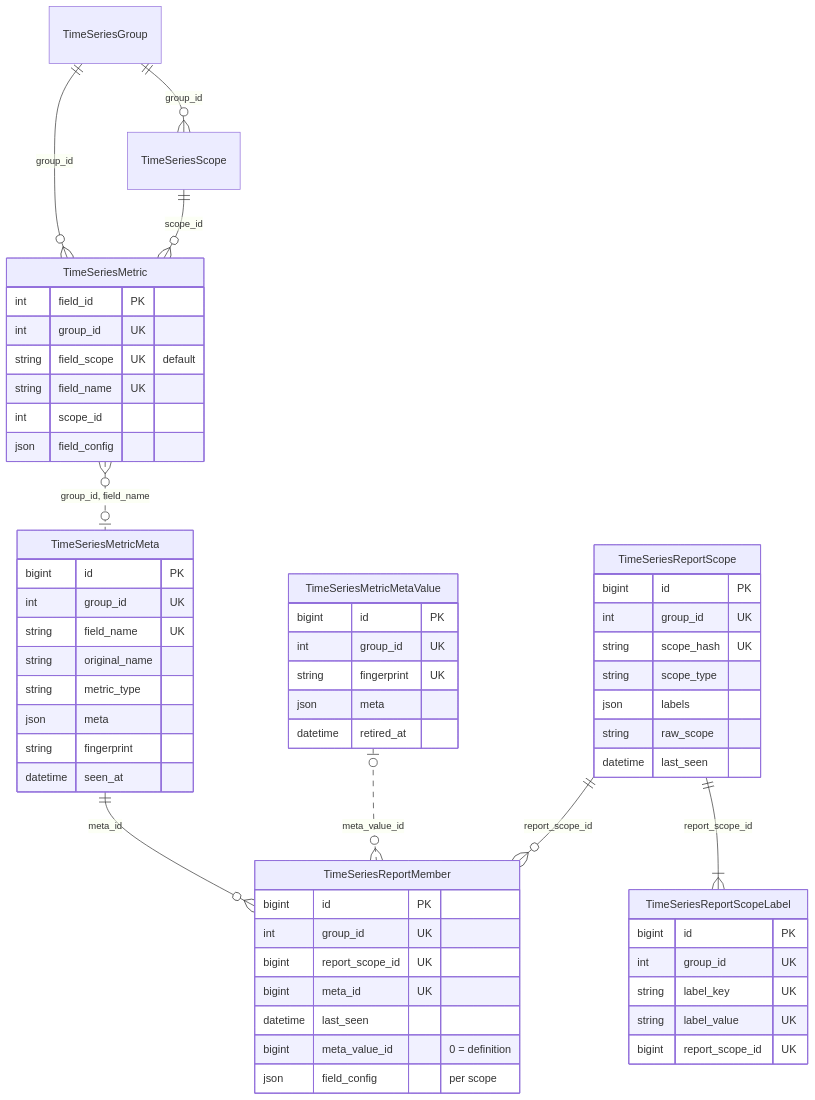
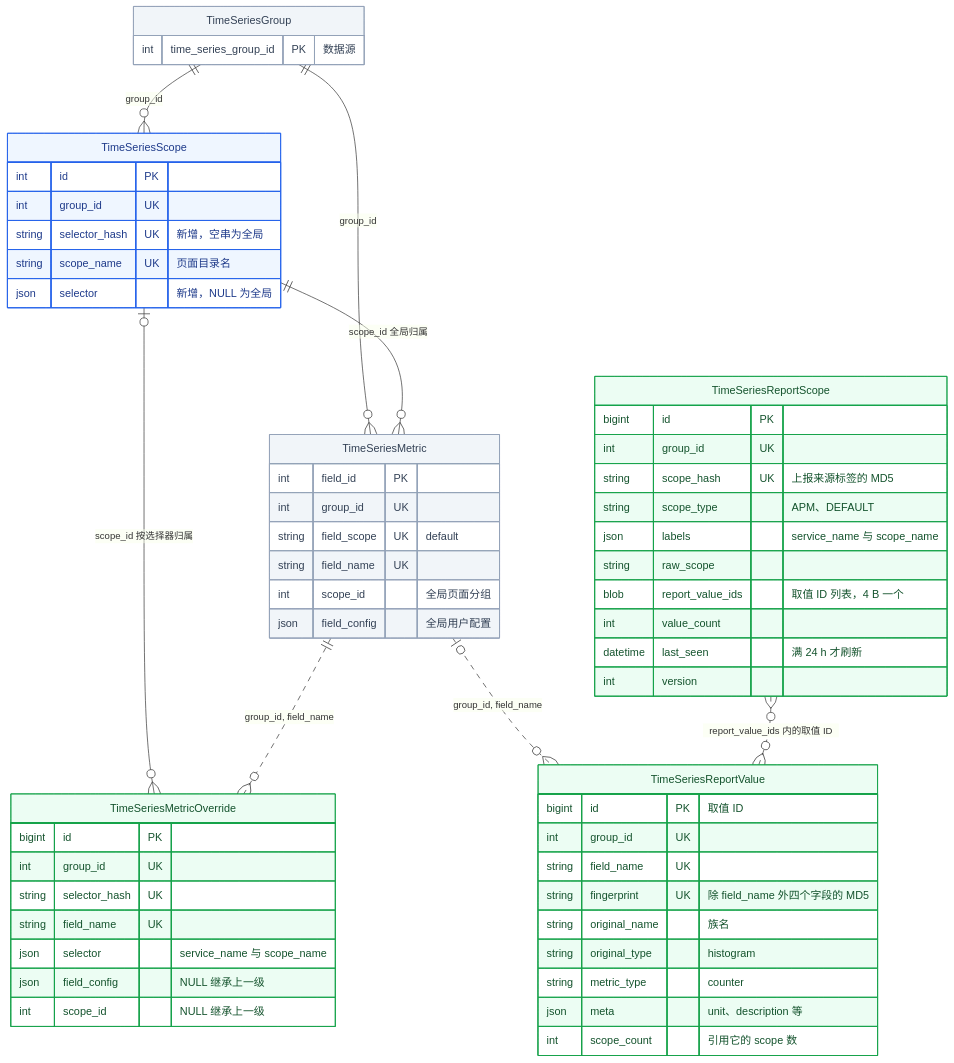
The eighth of 28 diagrams in knowledge/bkmonitor/issues/2026-09-15-custom-metric-metadata/PLAN.md (ZhuoZhuoCrayon/ai-workspace), drawn with Mermaid before and after one commit. The commit also changed other lines of this file and 12 other files, not shown here.

Commit message:
docs(issue): switch custom metric metadata to value dedup plan with final retest

````diff
--- a/knowledge/bkmonitor/issues/2026-09-15-custom-metric-metadata/PLAN.md
+++ b/knowledge/bkmonitor/issues/2026-09-15-custom-metric-metadata/PLAN.md
@@ -369,61 +575,68 @@
 ```mermaid
 erDiagram
     TimeSeriesGroup ||--o{ TimeSeriesScope : "group_id"
     TimeSeriesGroup ||--o{ TimeSeriesMetric : "group_id"
-    TimeSeriesScope ||--o{ TimeSeriesMetric : "scope_id"
-    TimeSeriesMetric }o..o| TimeSeriesMetricMeta : "group_id, field_name"
-    TimeSeriesMetricMeta ||--o{ TimeSeriesReportMember : "meta_id"
-    TimeSeriesMetricMetaValue |o..o{ TimeSeriesReportMember : "meta_value_id"
-    TimeSeriesReportScope ||--o{ TimeSeriesReportMember : "report_scope_id"
-    TimeSeriesReportScope ||--|{ TimeSeriesReportScopeLabel : "report_scope_id"
+    TimeSeriesScope ||--o{ TimeSeriesMetric : "scope_id 全局归属"
+    TimeSeriesScope |o--o{ TimeSeriesMetricOverride : "scope_id 按选择器归属"
+    TimeSeriesMetric ||..o{ TimeSeriesMetricOverride : "group_id, field_name"
+    TimeSeriesMetric |o..o{ TimeSeriesReportValue : "group_id, field_name"
+    TimeSeriesReportScope }o..o{ TimeSeriesReportValue : "report_value_ids 内的取值 ID"
+
+    TimeSeriesGroup {
+        int time_series_group_id PK "数据源"
+    }
     TimeSeriesMetric {
         int field_id PK
         int group_id UK
         string field_scope UK "default"
         string field_name UK
-        int scope_id
-        json field_config
+        int scope_id "全局页面分组"
+        json field_config "全局用户配置"
     }
-    TimeSeriesMetricMeta {
+    TimeSeriesScope {
+        int id PK
+        int group_id UK
+        string selector_hash UK "新增，空串为全局"
+        string scope_name UK "页面目录名"
+        json selector "新增，NULL 为全局"
+    }
+    TimeSeriesMetricOverride {
         bigint id PK
         int group_id UK
+        string selector_hash UK
         string field_name UK
-        string original_name
-        string metric_type
-        json meta
-        string fingerprint
-        datetime seen_at
+        json selector "service_name 与 scope_name"
+        json field_config "NULL 继承上一级"
+        int scope_id "NULL 继承上一级"
     }
-    TimeSeriesMetricMetaValue {
-        bigint id PK
+    TimeSeriesReportValue {
+        bigint id PK "取值 ID"
         int group_id UK
-        string fingerprint UK
-        json meta
-        datetime retired_at
+        string field_name UK
+        string fingerprint UK "除 field_name 外四个字段的 MD5"
+        string original_name "族名"
+        string original_type "histogram"
+        string metric_type "counter"
+        json meta "unit、description 等"
+        int scope_count "引用它的 scope 数"
     }
     TimeSeriesReportScope {
         bigint id PK
         int group_id UK
-        string scope_hash UK
-        string scope_type
-        json labels
+        string scope_hash UK "上报来源标签的 MD5"
+        string scope_type "APM、DEFAULT"
+        json labels "service_name 与 scope_name"
         string raw_scope
-        datetime last_seen
+        blob report_value_ids "取值 ID 列表，4 B 一个"
+        int value_count
+        datetime last_seen "满 24 h 才刷新"
+        int version
     }
-    TimeSeriesReportScopeLabel {
-        bigint id PK
-        int group_id UK
-        string label_key UK
-        string label_value UK
-        bigint report_scope_id UK
-    }
-    TimeSeriesReportMember {
-        bigint id PK
-        int group_id UK
-        bigint report_scope_id UK
-        bigint meta_id UK
-        datetime last_seen
-        bigint meta_value_id "0 = definition"
-        json field_config "per scope"
-    }
+
+    classDef add fill:#ecfdf3,stroke:#16a34a,color:#14532d
+    classDef change fill:#eff6ff,stroke:#2563eb,color:#1e3a8a
+    classDef old fill:#f1f5f9,stroke:#94a3b8,color:#334155
+    class TimeSeriesReportValue,TimeSeriesReportScope,TimeSeriesMetricOverride add
+    class TimeSeriesScope change
+    class TimeSeriesGroup,TimeSeriesMetric old
 ```
````
